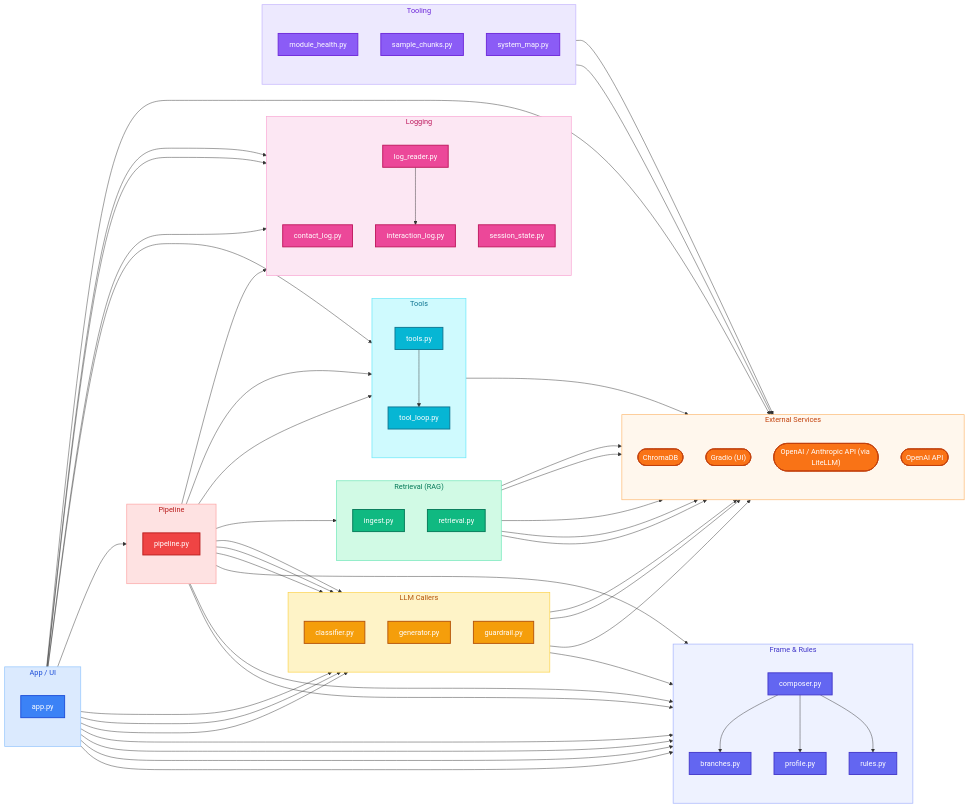
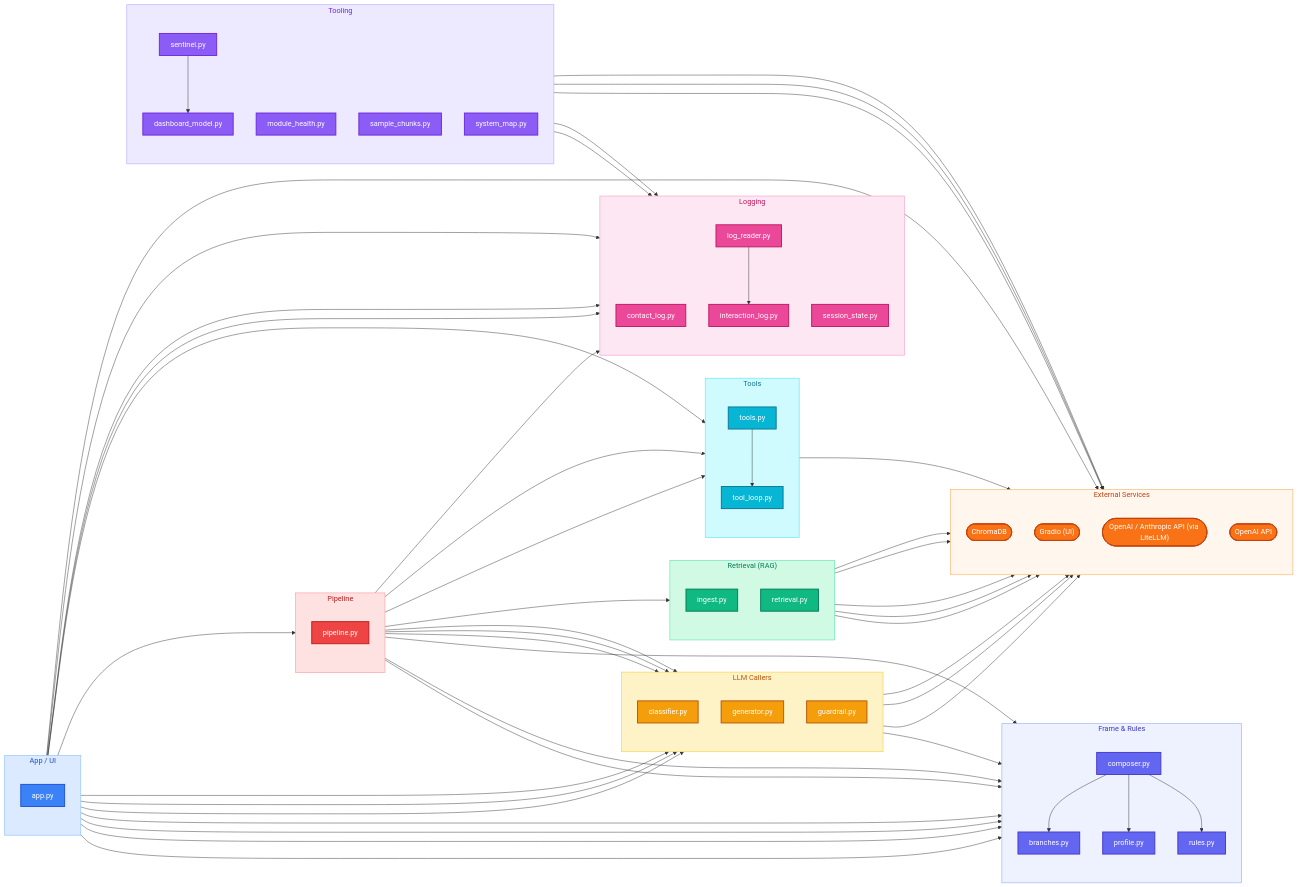
The second of 2 diagrams in docs/MAP.md (AlejandroFuentePinero/digital-twin), drawn with Mermaid before and after one commit. The commit also changed other lines of this file and 6 other files, not shown here.

```diff
--- a/docs/MAP.md
+++ b/docs/MAP.md
@@ -136,8 +136,10 @@
 
   subgraph sg_tooling["Tooling"]
     direction TB
+    dashboard_model["dashboard_model.py"]:::tooling
     module_health["module_health.py"]:::tooling
     sample_chunks["sample_chunks.py"]:::tooling
+    sentinel["sentinel.py"]:::tooling
     system_map["system_map.py"]:::tooling
   end
 
@@ -164,6 +166,7 @@
   composer --> branches
   composer --> profile
   composer --> rules
+  dashboard_model --> interaction_log
   guardrail --> rules
   log_reader --> interaction_log
   pipeline --> tool_loop
@@ -176,6 +179,8 @@
   pipeline --> retrieval
   pipeline --> rules
   pipeline --> tools
+  sentinel --> dashboard_model
+  sentinel --> log_reader
   tools --> tool_loop
   app --> ext_Gradio__UI_
   classifier --> ext_OpenAI___Anthropic_API__via_LiteLLM_
@@ -188,6 +193,7 @@
   retrieval --> ext_OpenAI___Anthropic_API__via_LiteLLM_
   retrieval --> ext_OpenAI_API
   sample_chunks --> ext_ChromaDB
+  sentinel --> ext_Gradio__UI_
   tools --> ext_OpenAI___Anthropic_API__via_LiteLLM_
 
   style sg_frame fill:#eef2ff,stroke:#a5b4fc,stroke-width:1.5px,color:#4338ca
```
